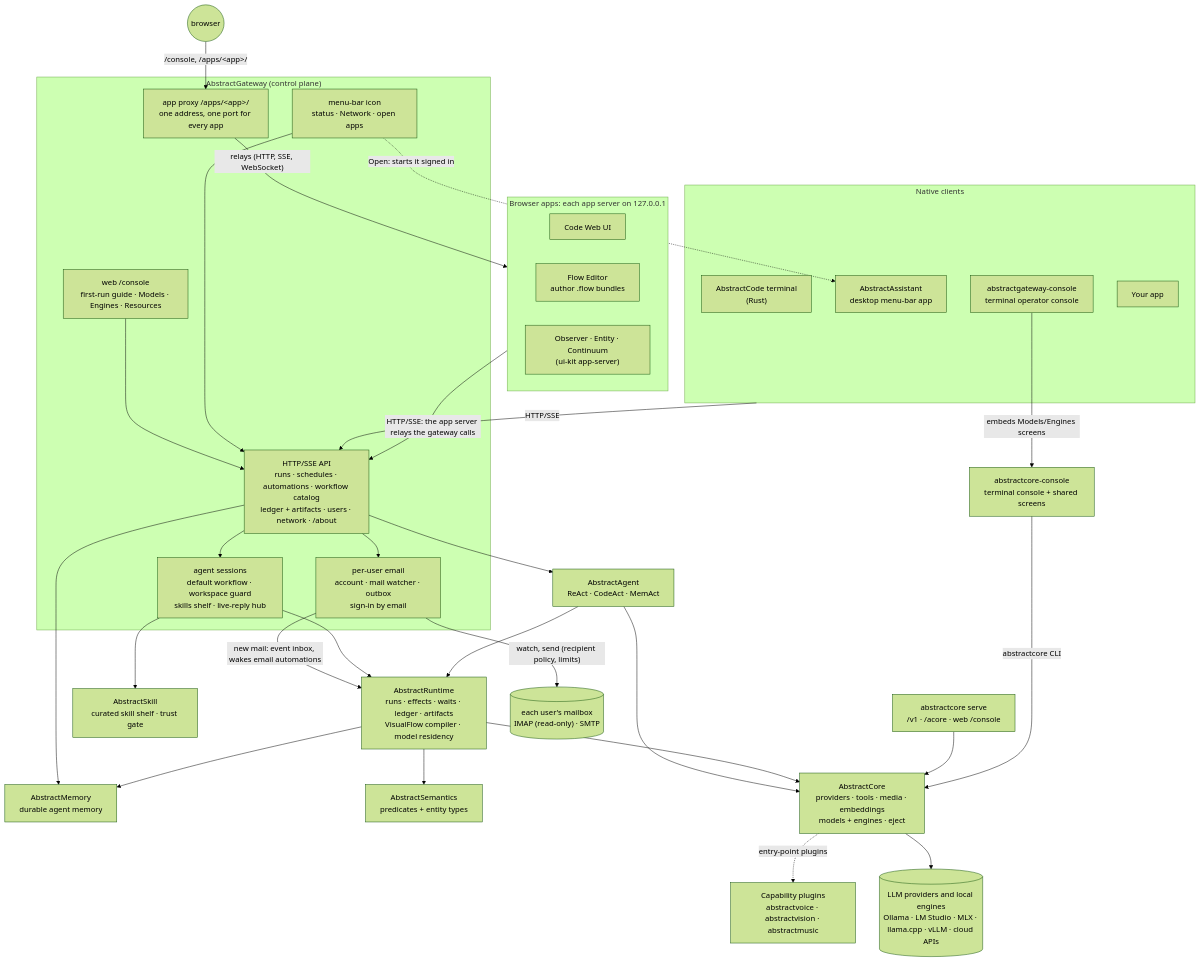
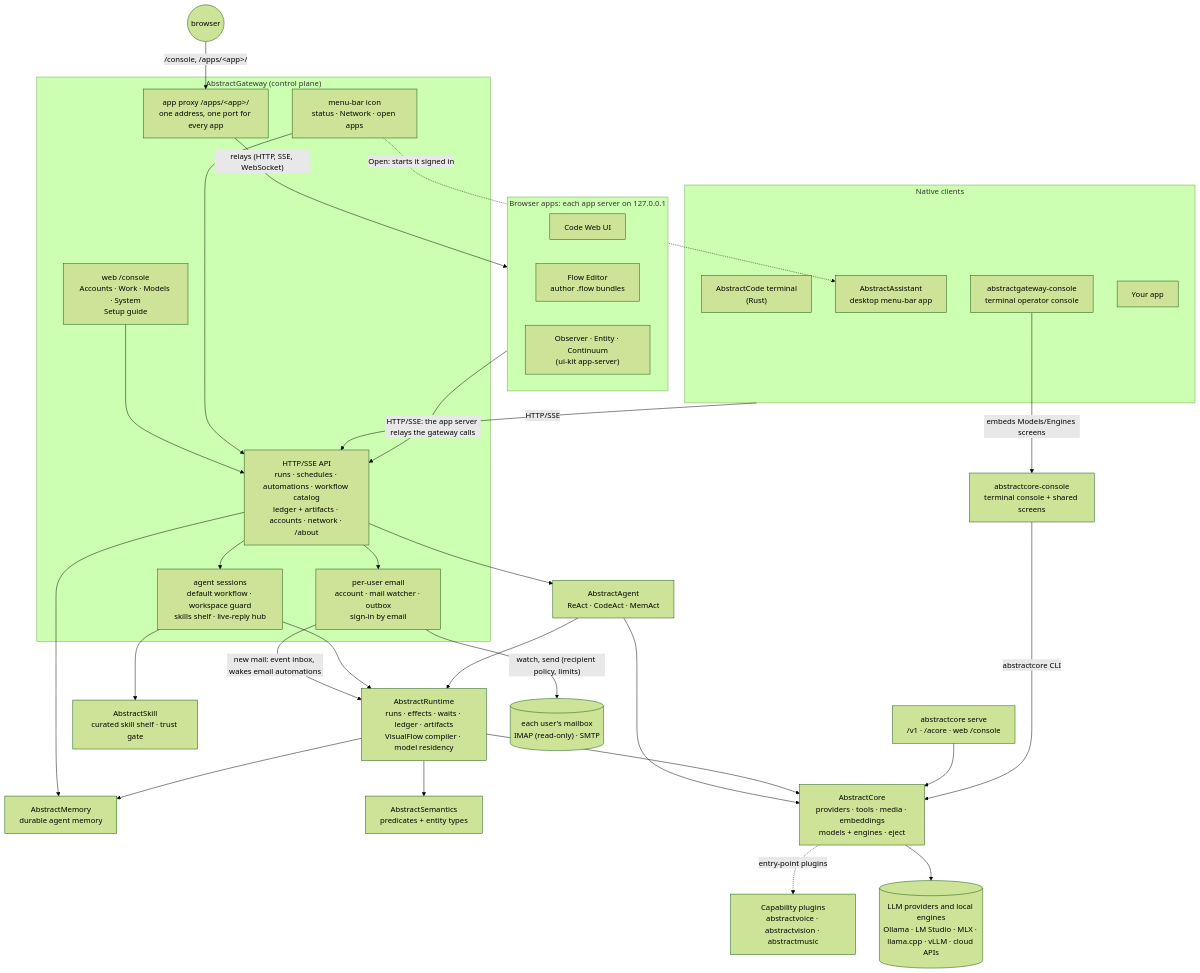
Before and after one commit to lpalbou/AbstractFramework: the first of 7 diagrams in docs/architecture.md, drawn with Mermaid (forest theme). The commit also changed other lines of this file and 16 other files, not shown here.

````diff
--- a/docs/architecture.md
+++ b/docs/architecture.md
@@ -51,64 +51,64 @@
 ```mermaid
 flowchart TB
     subgraph CLIENTS["Native clients"]
         CODET["AbstractCode terminal<br/>(Rust)"]
         ASSIST["AbstractAssistant<br/>desktop menu-bar app"]
         GCON["abstractgateway-console<br/>terminal operator console"]
         APP["Your app"]
     end
 
     BR(("browser"))
 
     subgraph BROWSER["Browser apps: each app server on 127.0.0.1"]
         CODEW["Code Web UI"]
         FLOWED["Flow Editor<br/>author .flow bundles"]
         UIAPPS["Observer · Entity · Continuum<br/>(ui-kit app-server)"]
     end
 
     subgraph GATEWAY["AbstractGateway (control plane)"]
-        API["HTTP/SSE API<br/>runs · schedules · automations · workflow catalog<br/>ledger + artifacts · users · network · /about"]
+        API["HTTP/SSE API<br/>runs · schedules · automations · workflow catalog<br/>ledger + artifacts · accounts · network · /about"]
         APXY["app proxy /apps/&lt;app&gt;/<br/>one address, one port for every app"]
         SESS["agent sessions<br/>default workflow · workspace guard<br/>skills shelf · live-reply hub"]
-        WEB["web /console<br/>first-run guide · Models · Engines · Resources"]
+        WEB["web /console<br/>Accounts · Work · Models · System<br/>Setup guide"]
         TRAY["menu-bar icon<br/>status · Network · open apps"]
         MAIL["per-user email<br/>account · mail watcher · outbox<br/>sign-in by email"]
     end
 
     AGENT["AbstractAgent<br/>ReAct · CodeAct · MemAct"]
     RT["AbstractRuntime<br/>runs · effects · waits · ledger · artifacts<br/>VisualFlow compiler · model residency"]
     MEM["AbstractMemory<br/>durable agent memory"]
     SEM["AbstractSemantics<br/>predicates + entity types"]
     SKILL["AbstractSkill<br/>curated skill shelf · trust gate"]
     CORE["AbstractCore<br/>providers · tools · media · embeddings<br/>models + engines · eject"]
     PLUG["Capability plugins<br/>abstractvoice · abstractvision · abstractmusic"]
     CSRV["abstractcore serve<br/>/v1 · /acore · web /console"]
     CCON["abstractcore-console<br/>terminal console + shared screens"]
     PROV[("LLM providers and local engines<br/>Ollama · LM Studio · MLX · llama.cpp · vLLM · cloud APIs")]
     MBOX[("each user's mailbox<br/>IMAP (read-only) · SMTP")]
 
     CLIENTS -->|HTTP/SSE| API
     BR -->|"/console, /apps/&lt;app&gt;/"| APXY
     APXY -->|"relays (HTTP, SSE, WebSocket)"| BROWSER
     BROWSER -->|"HTTP/SSE: the app server relays the gateway calls"| API
     WEB --> API
     TRAY --> API
     TRAY -.->|"Open: starts it signed in"| ASSIST
     API --> SESS
     API --> MAIL
     MAIL -->|"new mail: event inbox, wakes email automations"| RT
     MAIL -->|"watch, send (recipient policy, limits)"| MBOX
     SESS --> SKILL
     SESS --> RT
     API --> AGENT
     API --> MEM
     AGENT --> RT
     AGENT --> CORE
     RT --> CORE
     RT --> MEM
     RT --> SEM
     CORE -.->|entry-point plugins| PLUG
     CORE --> PROV
     GCON -->|embeds Models/Engines screens| CCON
     CSRV --> CORE
     CCON -->|abstractcore CLI| CORE
 ```
````
